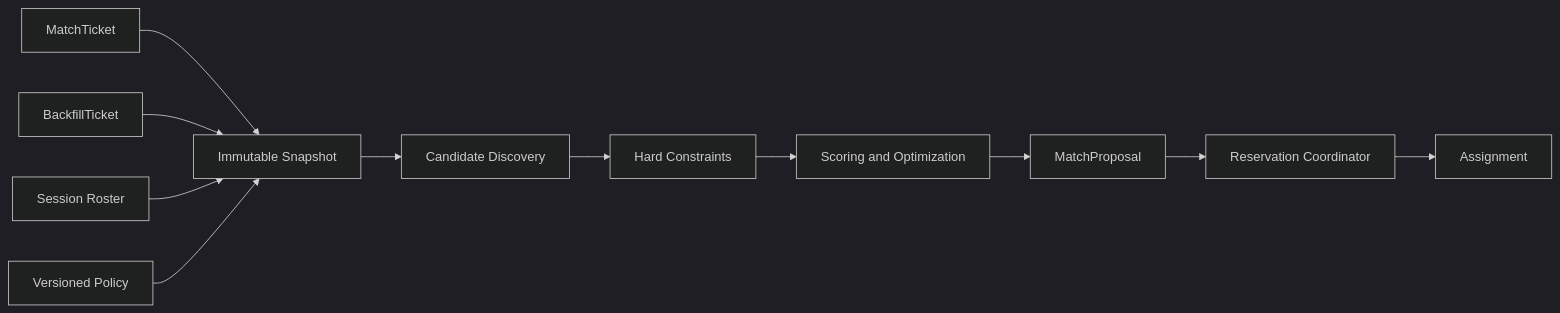
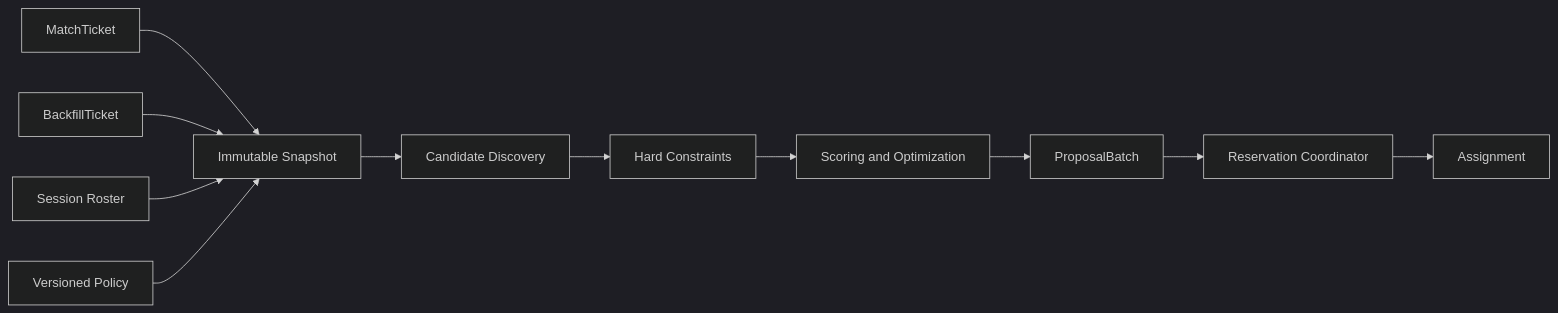
Before and after one commit to zrma/sema: the diagram in docs/architecture.md, drawn with Mermaid (dark theme). The commit also changed other lines of this file and 11 other files, not shown here.

````diff
--- a/docs/architecture.md
+++ b/docs/architecture.md
@@ -7,13 +7,13 @@
 ```mermaid
 flowchart LR
     MT[MatchTicket] --> S[Immutable Snapshot]
     BT[BackfillTicket] --> S
     R[Session Roster] --> S
     P[Versioned Policy] --> S
     S --> D[Candidate Discovery]
     D --> C[Hard Constraints]
     C --> O[Scoring and Optimization]
-    O --> MP[MatchProposal]
-    MP --> RC[Reservation Coordinator]
+    O --> PB[ProposalBatch]
+    PB --> RC[Reservation Coordinator]
     RC --> A[Assignment]
 ```
````
